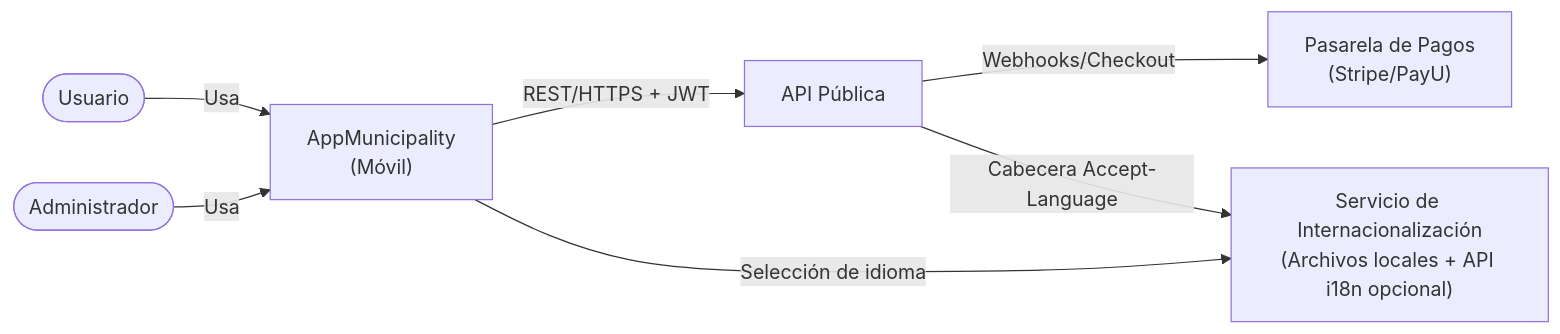
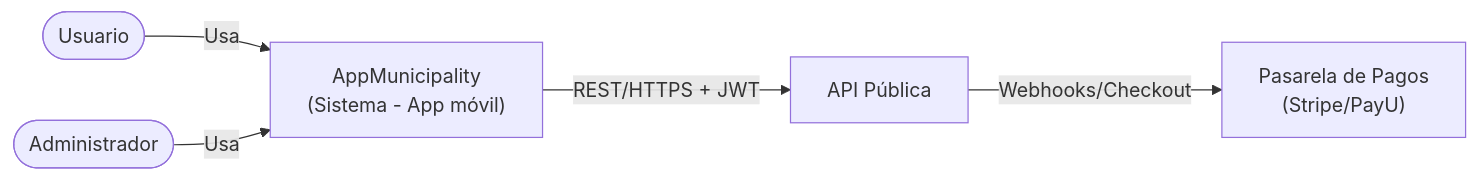
One commit to stevenhdz/htdocs changed the first of 2 diagrams in Municipality/backend/readme.md. Above: the diagram before and after it, drawn with Mermaid. The commit also changed other lines of this file, not shown here.

Commit message:
feature municipality

````diff
--- a/Municipality/backend/readme.md
+++ b/Municipality/backend/readme.md
@@ -153,20 +153,20 @@
 ```mermaid
   flowchart LR
   %% Actores
   User([Usuario])
   Admin([Administrador])
 
-  %% Sistemas
-  Mobile["AppMunicipality\n(Móvil)"]
+  %% Sistema en estudio
+  Mobile["AppMunicipality\n(Sistema - App móvil)"]
   API["API Pública"]
+
+  %% Sistema externo
   Payments["Pasarela de Pagos\n(Stripe/PayU)"]
-  I18N["Servicio de Internacionalización\n(Archivos locales + API i18n opcional)"]
 
   %% Relaciones
   User -->|Usa| Mobile
   Admin -->|Usa| Mobile
   Mobile -->|REST/HTTPS + JWT| API
   API -->|Webhooks/Checkout| Payments
-  Mobile -->|Selección de idioma| I18N
-  API -->|Cabecera Accept-Language| I18N
+  %% Nota: i18n (archivos locales + Accept-Language) se maneja dentro del sistema -> detallar en C2/C3
 ```
````
